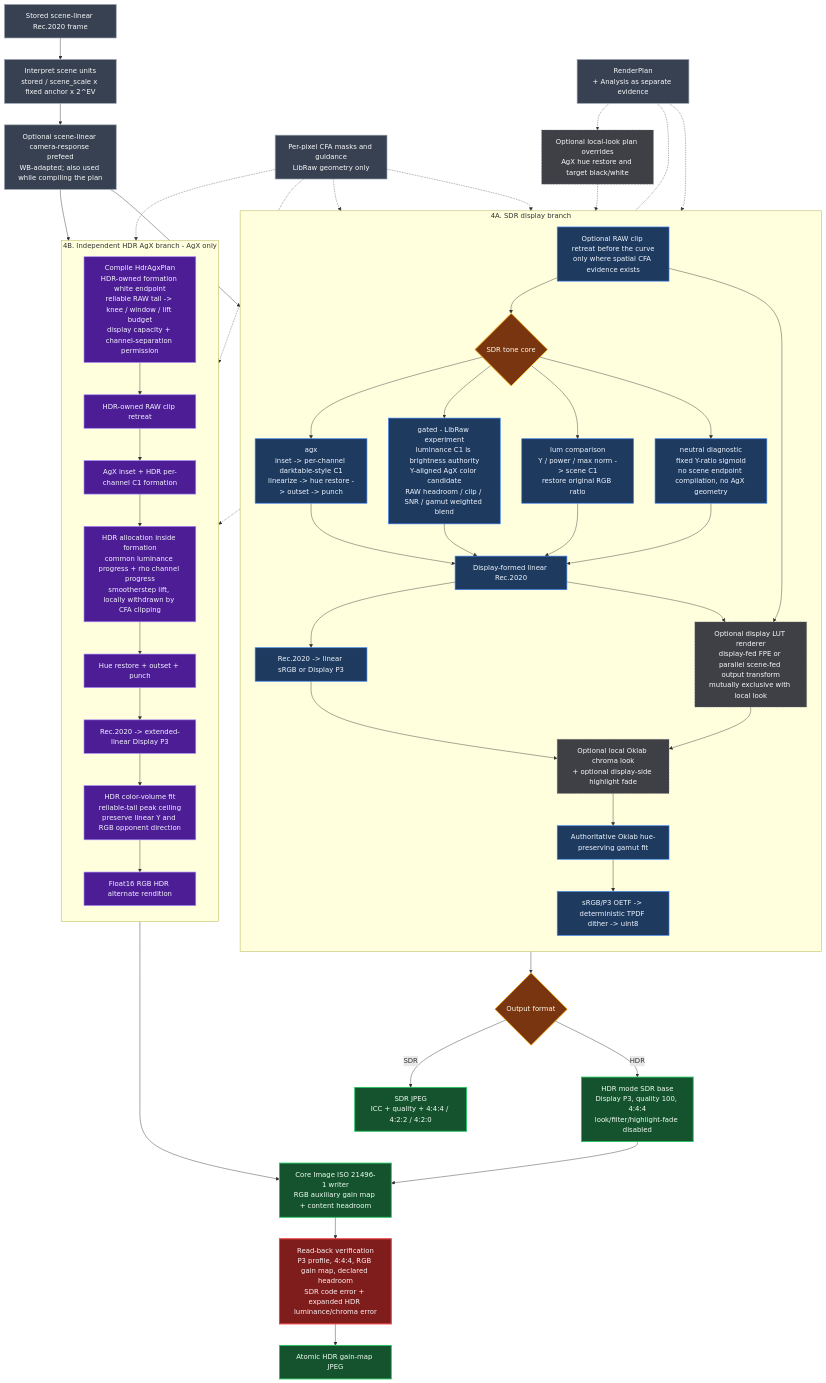
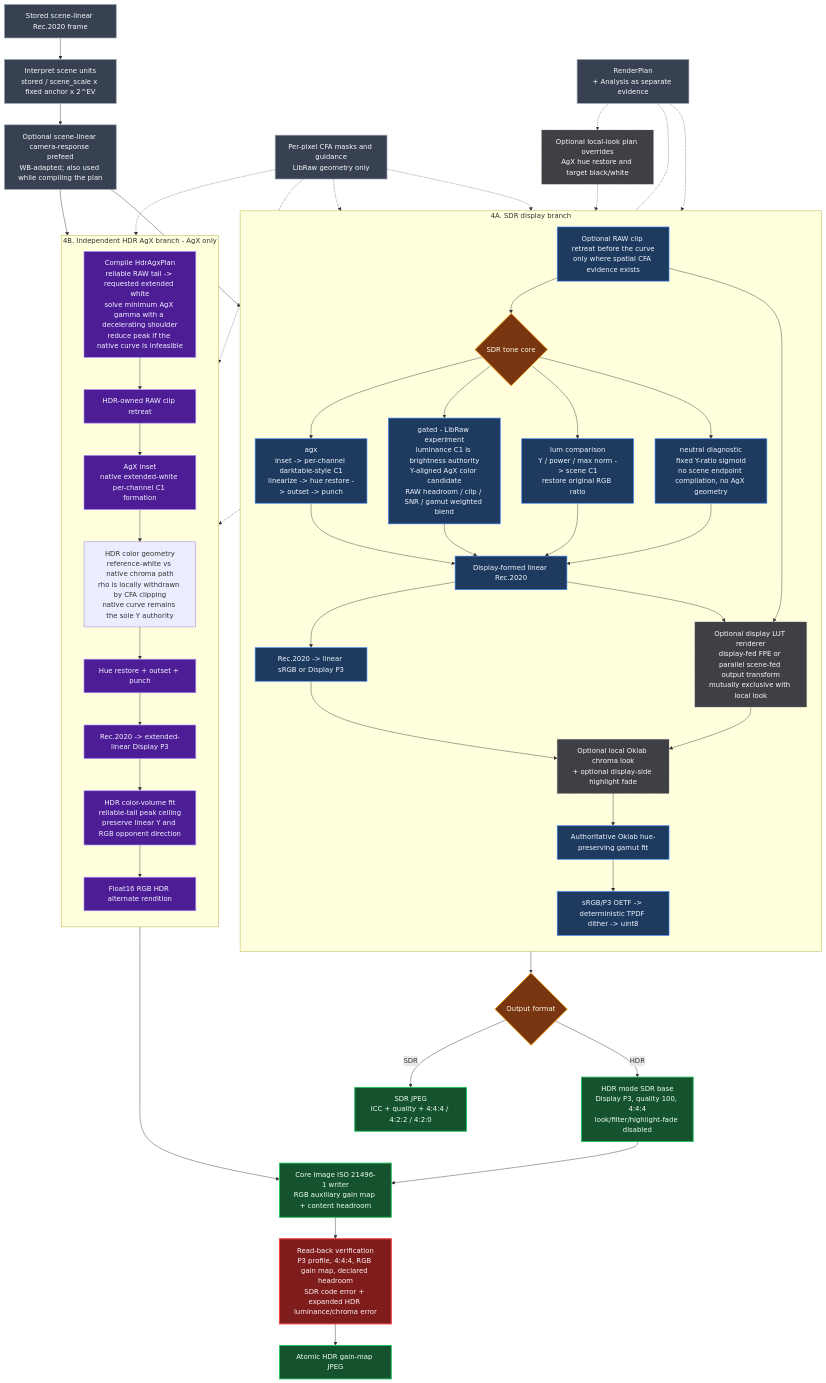
The second of 2 diagrams in README.md (deadwood1998/dngscan), drawn with Mermaid before and after one commit. The commit also changed other lines of this file and 24 other files, not shown here.

```diff
--- a/README.md
+++ b/README.md
@@ -195,16 +195,16 @@
 
     subgraph HDR["4B. Independent HDR AgX branch - AgX only"]
         direction TB
-        HDRPLAN["Compile HdrAgxPlan<br/>HDR-owned formation white endpoint<br/>reliable RAW tail -> knee / window / lift budget<br/>display capacity + channel-separation permission"]
+        HDRPLAN["Compile HdrAgxPlan<br/>reliable RAW tail -> requested extended white<br/>solve minimum AgX gamma with a decelerating shoulder<br/>reduce peak if the native curve is infeasible"]
         HRETREAT["HDR-owned RAW clip retreat"]
-        HINSET["AgX inset + HDR per-channel C1 formation"]
-        LIFT["HDR allocation inside formation<br/>common luminance progress + rho channel progress<br/>smootherstep lift, locally withdrawn by CFA clipping"]
+        HINSET["AgX inset<br/>native extended-white per-channel C1 formation"]
+        PATH["HDR color geometry<br/>reference-white vs native chroma path<br/>rho is locally withdrawn by CFA clipping<br/>native curve remains the sole Y authority"]
         HFINISH["Hue restore + outset + punch"]
         HP3["Rec.2020 -> extended-linear Display P3"]
         HVOLUME["HDR color-volume fit<br/>reliable-tail peak ceiling<br/>preserve linear Y and RGB opponent direction"]
         ALT["Float16 RGB HDR alternate rendition"]
 
-        HDRPLAN --> HRETREAT --> HINSET --> LIFT --> HFINISH --> HP3 --> HVOLUME --> ALT
+        HDRPLAN --> HRETREAT --> HINSET --> PATH --> HFINISH --> HP3 --> HVOLUME --> ALT
     end
 
     PREFEED --> RETREAT
@@ -217,7 +217,7 @@
     MASKS -.-> RETREAT
     MASKS -.-> GATED
     MASKS -.-> HRETREAT
-    MASKS -.-> LIFT
+    MASKS -.-> PATH
 
     ENCODE --> FORMAT{"Output format"}
     FORMAT -->|SDR| SDRJPEG["SDR JPEG<br/>ICC + quality + 4:4:4 / 4:2:2 / 4:2:0"]
```
